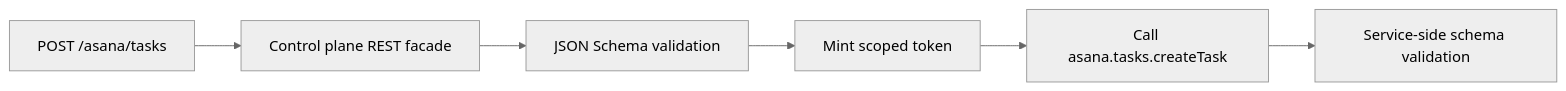
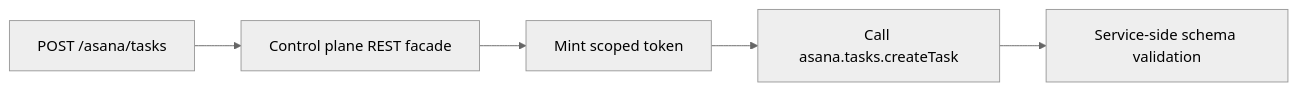
Before and after one commit to JUVOJustin/service-plane: the diagram in docs/openapi-mcp.md, drawn with Mermaid (neutral theme). The commit also changed other lines of this file and 46 other files, not shown here.

````diff
--- a/docs/openapi-mcp.md
+++ b/docs/openapi-mcp.md
@@ -98,8 +116,7 @@
 ```mermaid
 flowchart LR
   HTTP["POST /asana/tasks"] --> Edge["Control plane REST facade"]
-  Edge --> Validate["JSON Schema validation"]
-  Validate --> Token["Mint scoped token"]
+  Edge --> Token["Mint scoped token"]
   Token --> RPC["Call asana.tasks.createTask"]
   RPC --> Service["Service-side schema validation"]
 ```
````
